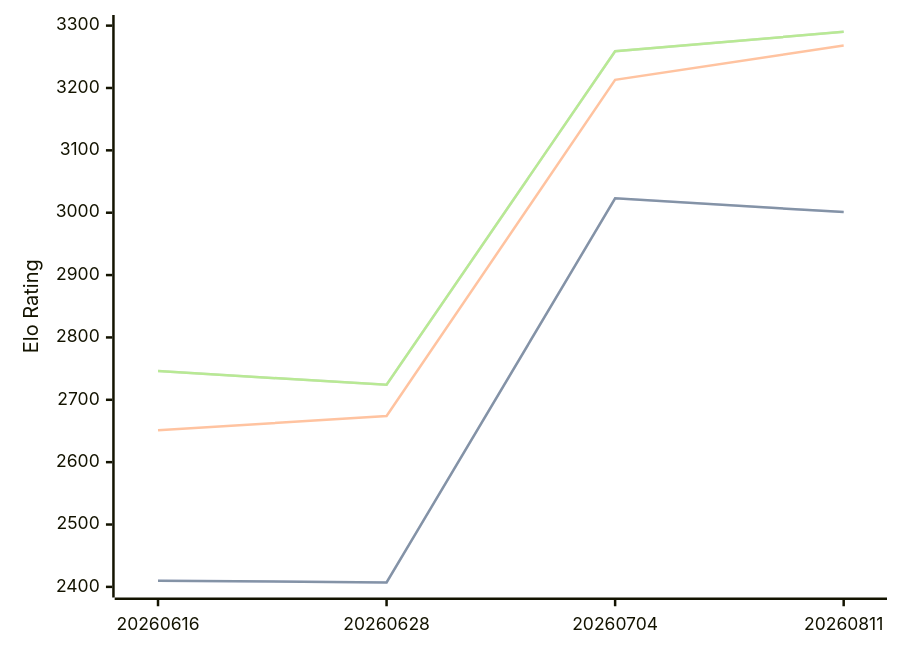
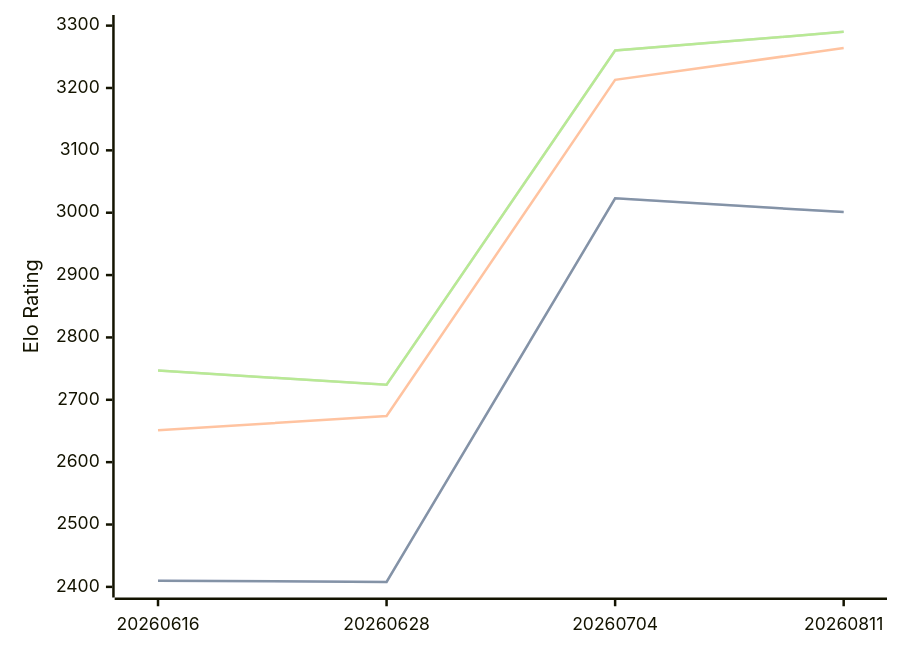
Before and after one commit to computer-chess-index/cci: the diagram in engines/Askaig.md, drawn with Mermaid. The commit also changed other lines of this file, not shown here.

Commit message:
Update CCI Ratings (ELO VLTC) - 2026-09-18

````diff
--- a/engines/Askaig.md
+++ b/engines/Askaig.md
@@ -36,11 +36,11 @@
 ```mermaid
 %%{init: {"theme":"base","themeVariables":{"seriesColors:['#a3a3a3','#222221','#faa371']}}}%%
 xychart-beta
   x-axis ["20260616", "20260628", "20260704", "20260811"]
   y-axis "Elo Rating" 2400 --> 3300
-  line "" [2410, 2407, 3023, 3001]
-  line "STC (8.0+0.08s)" [2410, 2407, 3023, 3001]
-  line "LTC (60.0+0.60s)" [2651, 2674, 3213, 3268]
-  line "" [2746, 2724, 3259, 3290]
-  line "VLTC (2m24s+1.12s)" [2746, 2724, 3259, 3290]
+  line "" [2410, 2408, 3023, 3001]
+  line "STC (8.0+0.08s)" [2410, 2408, 3023, 3001]
+  line "LTC (60.0+0.60s)" [2651, 2674, 3213, 3264]
+  line "" [2747, 2724, 3260, 3290]
+  line "VLTC (2m24s+1.12s)" [2747, 2724, 3260, 3290]
 ```
````
